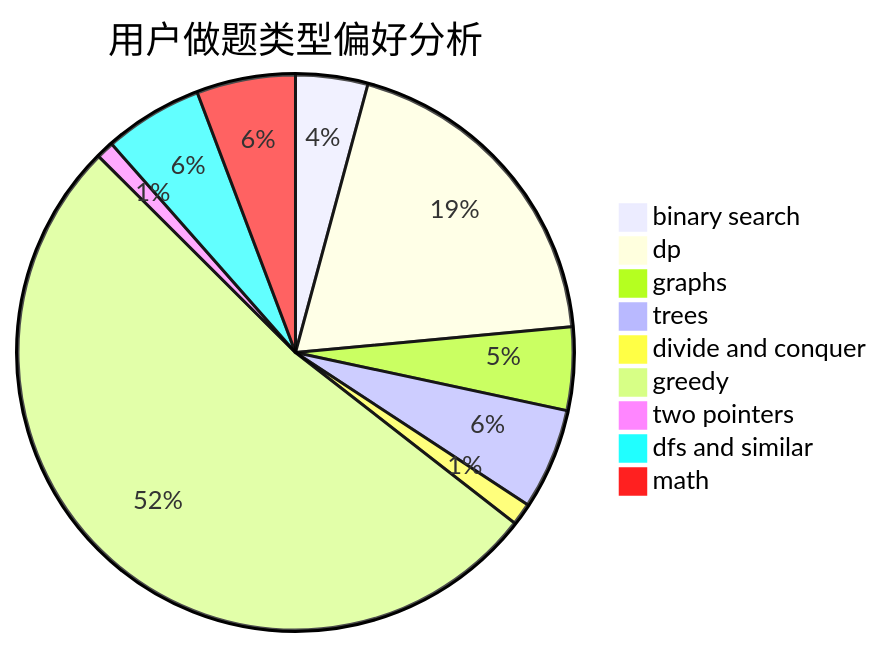
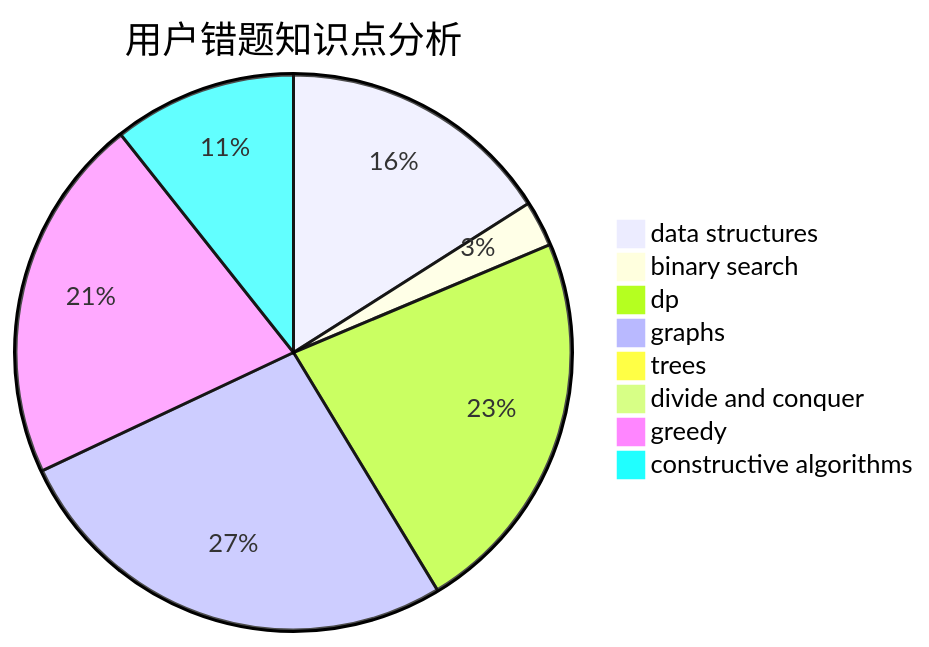
One commit to sherpahu/cfrs.github.io changed the third of 3 diagrams in docs/user/u2708.md. Above: the diagram before and after it, drawn with Mermaid. The commit also changed other lines of this file and 2775 other files, not shown here.

````diff
--- a/docs/user/u2708.md
+++ b/docs/user/u2708.md
@@ -23,12 +36,11 @@
 ```mermaid
-pie title 用户做题类型偏好分析
-    "binary search" :  65
-    "dp" :  299
-    "graphs" :  75
-    "trees" :  91
-    "divide and conquer" :  20
-    "greedy" :  804
-    "two pointers" :  16
-    "dfs and similar" :  89
-    "math" :  89
+pie title 用户错题知识点分析
+    "data structures" :  12
+    "binary search" :  2
+    "dp" :  17
+    "graphs" :  20
+    "trees" :  0
+    "divide and conquer" :  0
+    "greedy" :  16
+    "constructive algorithms" :  8
 ```
````
